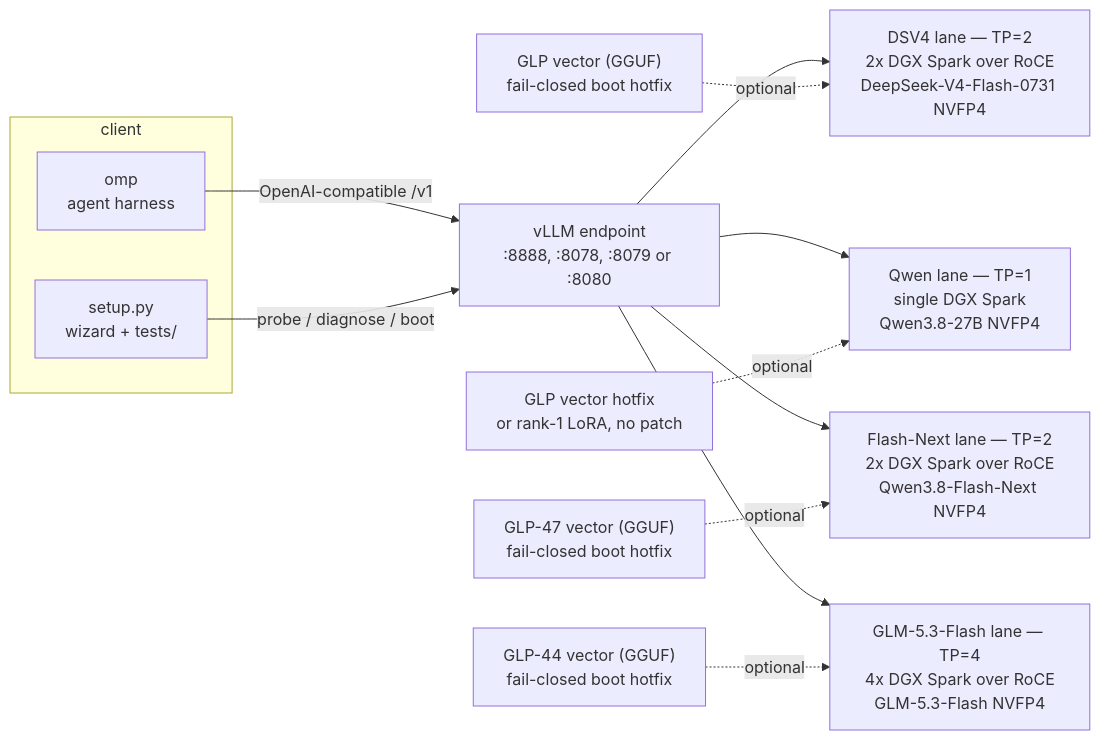
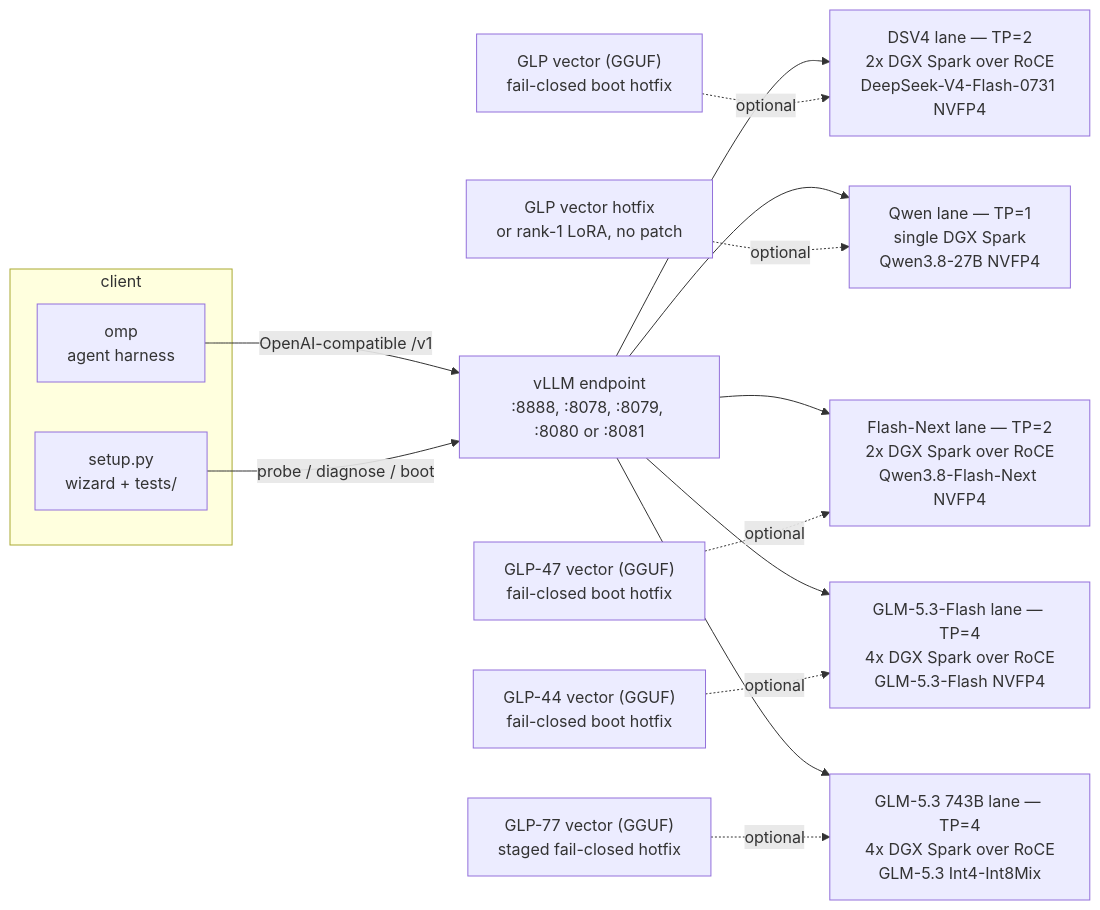
One commit to msuiche/weightless changed the diagram in README.md. Above: the diagram before and after it, drawn with Mermaid. The commit also changed other lines of this file and 8 other files, not shown here.

````diff
--- a/README.md
+++ b/README.md
@@ -79,17 +81,19 @@
 ```mermaid
 flowchart LR
     subgraph client[client]
         OMP["omp<br/>agent harness"]
         WIZ["setup.py<br/>wizard + tests/"]
     end
-    OMP -->|OpenAI-compatible /v1| EP["vLLM endpoint<br/>:8888, :8078, :8079 or :8080"]
+    OMP -->|OpenAI-compatible /v1| EP["vLLM endpoint<br/>:8888, :8078, :8079, :8080 or :8081"]
     WIZ -->|probe / diagnose / boot| EP
     EP --> DSV4["DSV4 lane — TP=2<br/>2x DGX Spark over RoCE<br/>DeepSeek-V4-Flash-0731 NVFP4"]
     EP --> QWEN["Qwen lane — TP=1<br/>single DGX Spark<br/>Qwen3.8-27B NVFP4"]
     EP --> QWENFN["Flash-Next lane — TP=2<br/>2x DGX Spark over RoCE<br/>Qwen3.8-Flash-Next NVFP4"]
     EP --> GLM["GLM-5.3-Flash lane — TP=4<br/>4x DGX Spark over RoCE<br/>GLM-5.3-Flash NVFP4"]
     CV["GLP vector (GGUF)<br/>fail-closed boot hotfix"] -.->|optional| DSV4
     CV2["GLP vector hotfix<br/>or rank-1 LoRA, no patch"] -.->|optional| QWEN
     CV3["GLP-47 vector (GGUF)<br/>fail-closed boot hotfix"] -.->|optional| QWENFN
     CV4["GLP-44 vector (GGUF)<br/>fail-closed boot hotfix"] -.->|optional| GLM
+    EP --> GLMXL["GLM-5.3 743B lane — TP=4<br/>4x DGX Spark over RoCE<br/>GLM-5.3 Int4-Int8Mix"]
+    CV5["GLP-77 vector (GGUF)<br/>staged fail-closed hotfix"] -.->|optional| GLMXL
 ```
````
